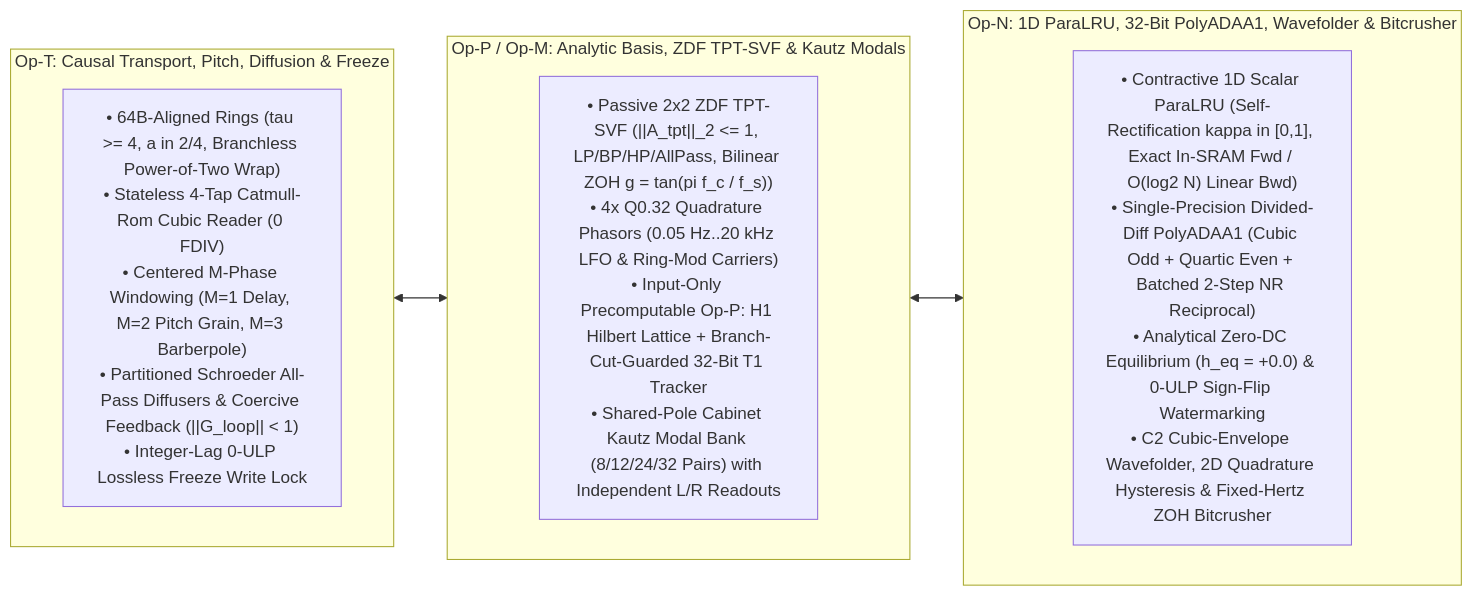
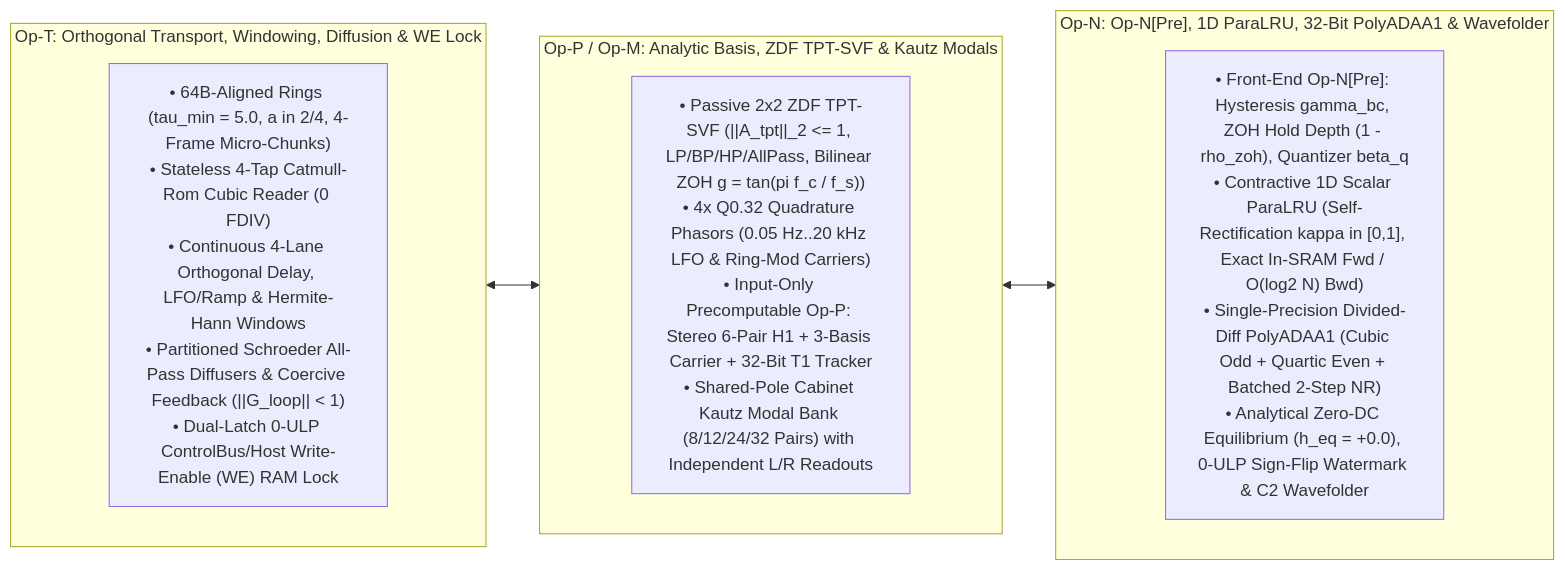
Before and after one commit to mokugen/dnam: the third of 7 diagrams in docs/specs/architecture/sona_architecture.md, drawn with Mermaid. The commit also changed other lines of this file and 34 other files, not shown here.

````diff
--- a/docs/specs/architecture/sona_architecture.md
+++ b/docs/specs/architecture/sona_architecture.md
@@ -210,20 +212,20 @@
 ```mermaid
 flowchart LR
-    subgraph OpT ["Op-T: Causal Transport, Pitch, Diffusion & Freeze"]
+    subgraph OpT ["Op-T: Orthogonal Transport, Windowing, Diffusion & WE Lock"]
         direction TB
-        T1["• 64B-Aligned Rings (tau >= 4, a in 2/4, Branchless Power-of-Two Wrap)<br/>• Stateless 4-Tap Catmull-Rom Cubic Reader (0 FDIV)<br/>• Centered M-Phase Windowing (M=1 Delay, M=2 Pitch Grain, M=3 Barberpole)<br/>• Partitioned Schroeder All-Pass Diffusers & Coercive Feedback (||G_loop|| < 1)<br/>• Integer-Lag 0-ULP Lossless Freeze Write Lock"]
+        T1["• 64B-Aligned Rings (tau_min = 5.0, a in 2/4, 4-Frame Micro-Chunks)<br/>• Stateless 4-Tap Catmull-Rom Cubic Reader (0 FDIV)<br/>• Continuous 4-Lane Orthogonal Delay, LFO/Ramp & Hermite-Hann Windows<br/>• Partitioned Schroeder All-Pass Diffusers & Coercive Feedback (||G_loop|| < 1)<br/>• Dual-Latch 0-ULP ControlBus/Host Write-Enable (WE) RAM Lock"]
     end
 
     subgraph OpM ["Op-P / Op-M: Analytic Basis, ZDF TPT-SVF & Kautz Modals"]
         direction TB
-        M1["• Passive 2x2 ZDF TPT-SVF (||A_tpt||_2 <= 1, LP/BP/HP/AllPass, Bilinear ZOH g = tan(pi f_c / f_s))<br/>• 4x Q0.32 Quadrature Phasors (0.05 Hz..20 kHz LFO & Ring-Mod Carriers)<br/>• Input-Only Precomputable Op-P: H1 Hilbert Lattice + Branch-Cut-Guarded 32-Bit T1 Tracker<br/>• Shared-Pole Cabinet Kautz Modal Bank (8/12/24/32 Pairs) with Independent L/R Readouts"]
+        M1["• Passive 2x2 ZDF TPT-SVF (||A_tpt||_2 <= 1, LP/BP/HP/AllPass, Bilinear ZOH g = tan(pi f_c / f_s))<br/>• 4x Q0.32 Quadrature Phasors (0.05 Hz..20 kHz LFO & Ring-Mod Carriers)<br/>• Input-Only Precomputable Op-P: Stereo 6-Pair H1 + 3-Basis Carrier + 32-Bit T1 Tracker<br/>• Shared-Pole Cabinet Kautz Modal Bank (8/12/24/32 Pairs) with Independent L/R Readouts"]
     end
 
-    subgraph OpN ["Op-N: 1D ParaLRU, 32-Bit PolyADAA1, Wavefolder & Bitcrusher"]
+    subgraph OpN ["Op-N: Op-N[Pre], 1D ParaLRU, 32-Bit PolyADAA1 & Wavefolder"]
         direction TB
-        N1["• Contractive 1D Scalar ParaLRU (Self-Rectification kappa in [0,1], Exact In-SRAM Fwd / O(log2 N) Linear Bwd)<br/>• Single-Precision Divided-Diff PolyADAA1 (Cubic Odd + Quartic Even + Batched 2-Step NR Reciprocal)<br/>• Analytical Zero-DC Equilibrium (h_eq = +0.0) & 0-ULP Sign-Flip Watermarking<br/>• C2 Cubic-Envelope Wavefolder, 2D Quadrature Hysteresis & Fixed-Hertz ZOH Bitcrusher"]
+        N1["• Front-End Op-N[Pre]: Hysteresis gamma_bc, ZOH Hold Depth (1 - rho_zoh), Quantizer beta_q<br/>• Contractive 1D Scalar ParaLRU (Self-Rectification kappa in [0,1], Exact In-SRAM Fwd / O(log2 N) Bwd)<br/>• Single-Precision Divided-Diff PolyADAA1 (Cubic Odd + Quartic Even + Batched 2-Step NR)<br/>• Analytical Zero-DC Equilibrium (h_eq = +0.0), 0-ULP Sign-Flip Watermark & C2 Wavefolder"]
     end
 
     T1 <--> M1
     M1 <--> N1
 ```
````
